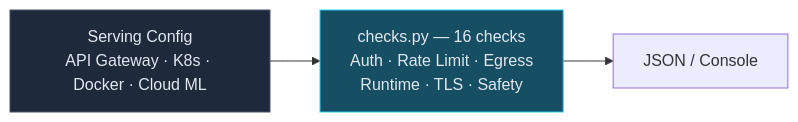
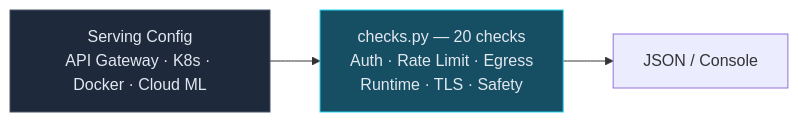
The diagram in skills/evaluation/model-serving-security/SKILL.md (msaad00/cloud-ai-security-skills), drawn with Mermaid before and after one commit. The commit also changed other lines of this file and 5 other files, not shown here.

````diff
--- a/skills/evaluation/model-serving-security/SKILL.md
+++ b/skills/evaluation/model-serving-security/SKILL.md
@@ -49,11 +51,11 @@
 ```mermaid
 flowchart LR
     CONFIG["Serving Config<br/>API Gateway · K8s · Docker · Cloud ML"]
-    BENCH["checks.py — 16 checks<br/>Auth · Rate Limit · Egress<br/>Runtime · TLS · Safety"]
+    BENCH["checks.py — 20 checks<br/>Auth · Rate Limit · Egress<br/>Runtime · TLS · Safety"]
     OUT["JSON / Console"]
 
     CONFIG --> BENCH --> OUT
 
     style CONFIG fill:#1e293b,stroke:#475569,color:#e2e8f0
     style BENCH fill:#164e63,stroke:#22d3ee,color:#e2e8f0
 ```
````
